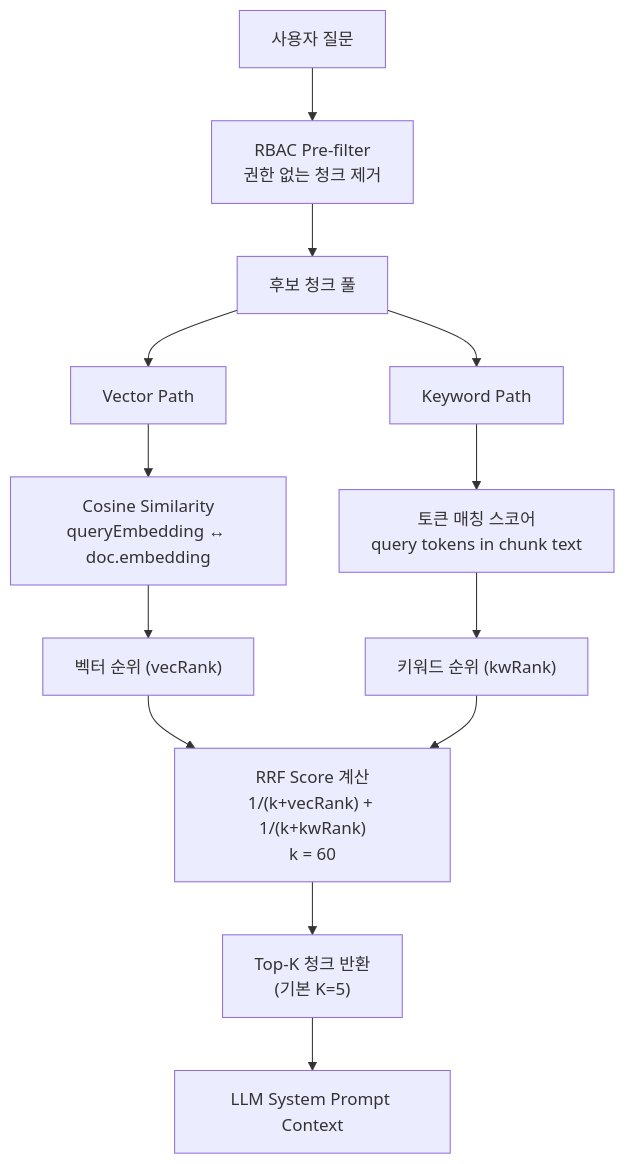
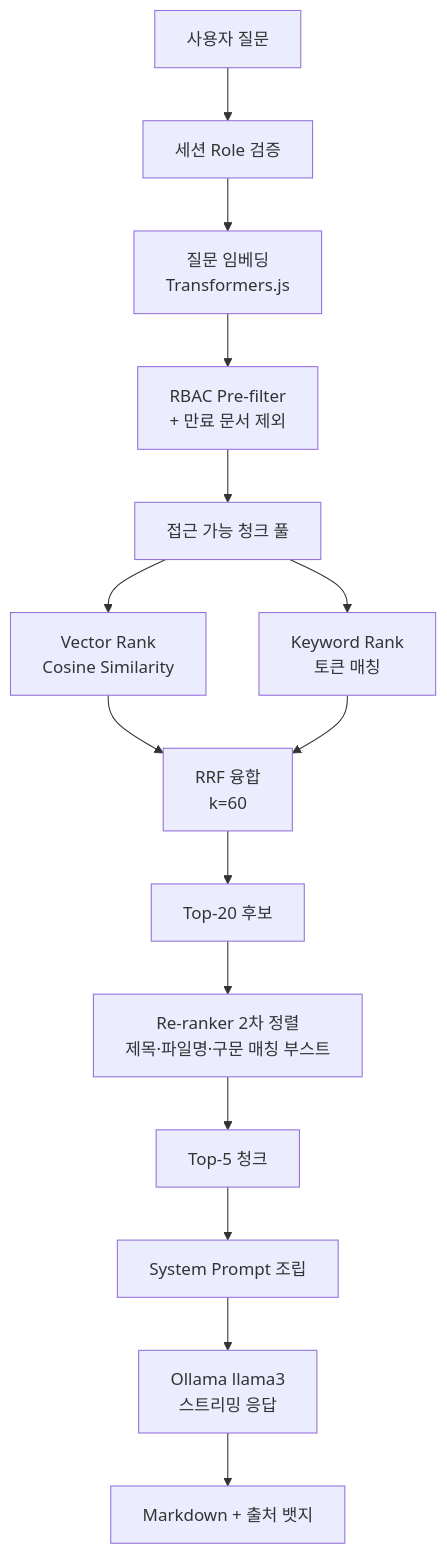
Before and after one commit to dayainow/corp-brain: the fourth of 11 diagrams in README.md, drawn with Mermaid. The commit also changed other lines of this file, not shown here.

First line of the commit message:
docs: README 전면 업데이트 — 최신 기능 및 아키텍처 다이어그램 반영

````diff
--- a/README.md
+++ b/README.md
@@ -193,20 +155,19 @@
 ```mermaid
 flowchart TD
-    Q["사용자 질문"] --> RBAC["RBAC Pre-filter<br/>권한 없는 청크 제거"]
-    RBAC --> Pool["후보 청크 풀"]
+    Q["사용자 질문"] --> Auth["세션 Role 검증"]
+    Auth --> Embed["질문 임베딩<br/>Transformers.js"]
+    Embed --> RBAC["RBAC Pre-filter<br/>+ 만료 문서 제외"]
+    RBAC --> Pool["접근 가능 청크 풀"]
 
-    Pool --> VecPath["Vector Path"]
-    Pool --> KwPath["Keyword Path"]
+    Pool --> Vec["Vector Rank<br/>Cosine Similarity"]
+    Pool --> Kw["Keyword Rank<br/>토큰 매칭"]
+    Vec --> RRF["RRF 융합<br/>k=60"]
+    Kw --> RRF
 
-    VecPath --> CosSim["Cosine Similarity<br/>queryEmbedding ↔ doc.embedding"]
-    CosSim --> VecRank["벡터 순위 (vecRank)"]
-
-    KwPath --> TokenMatch["토큰 매칭 스코어<br/>query tokens in chunk text"]
-    TokenMatch --> KwRank["키워드 순위 (kwRank)"]
-
-    VecRank --> RRF["RRF Score 계산<br/>1/(k+vecRank) + 1/(k+kwRank)<br/>k = 60"]
-    KwRank --> RRF
-
-    RRF --> TopK["Top-K 청크 반환<br/>(기본 K=5)"]
-    TopK --> Context["LLM System Prompt Context"]
+    RRF --> Top20["Top-20 후보"]
+    Top20 --> Rerank["Re-ranker 2차 정렬<br/>제목·파일명·구문 매칭 부스트"]
+    Rerank --> Top5["Top-5 청크"]
+    Top5 --> Prompt["System Prompt 조립"]
+    Prompt --> Ollama["Ollama llama3<br/>스트리밍 응답"]
+    Ollama --> UI["Markdown + 출처 뱃지"]
 ```
````
